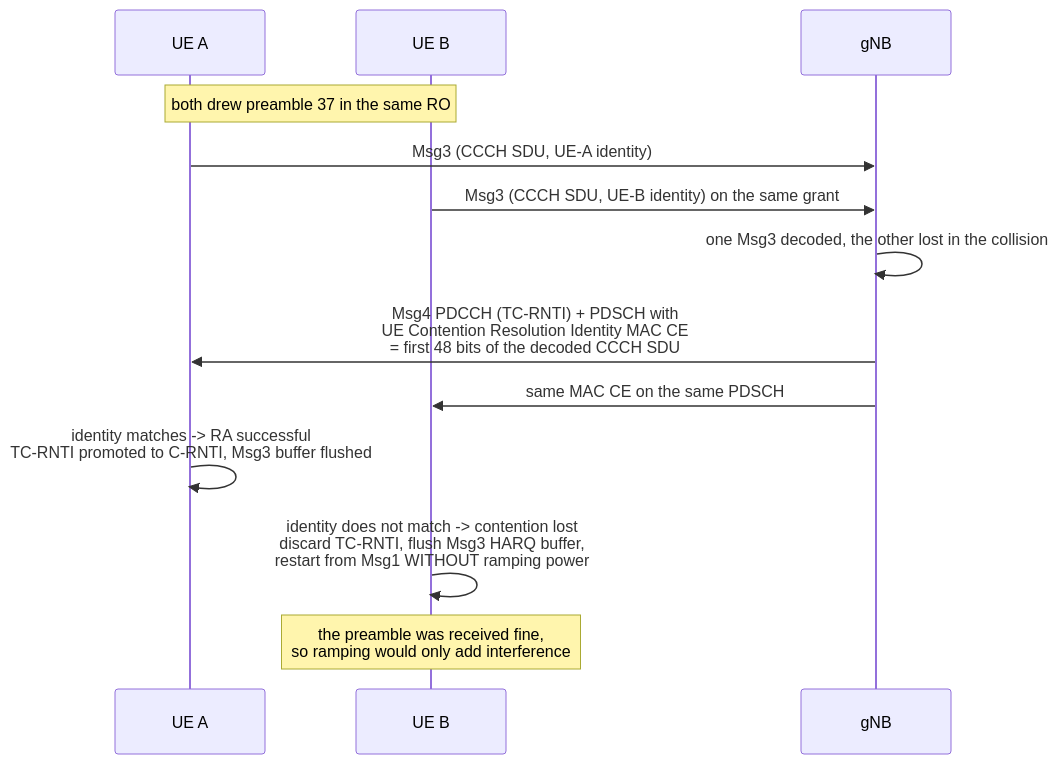
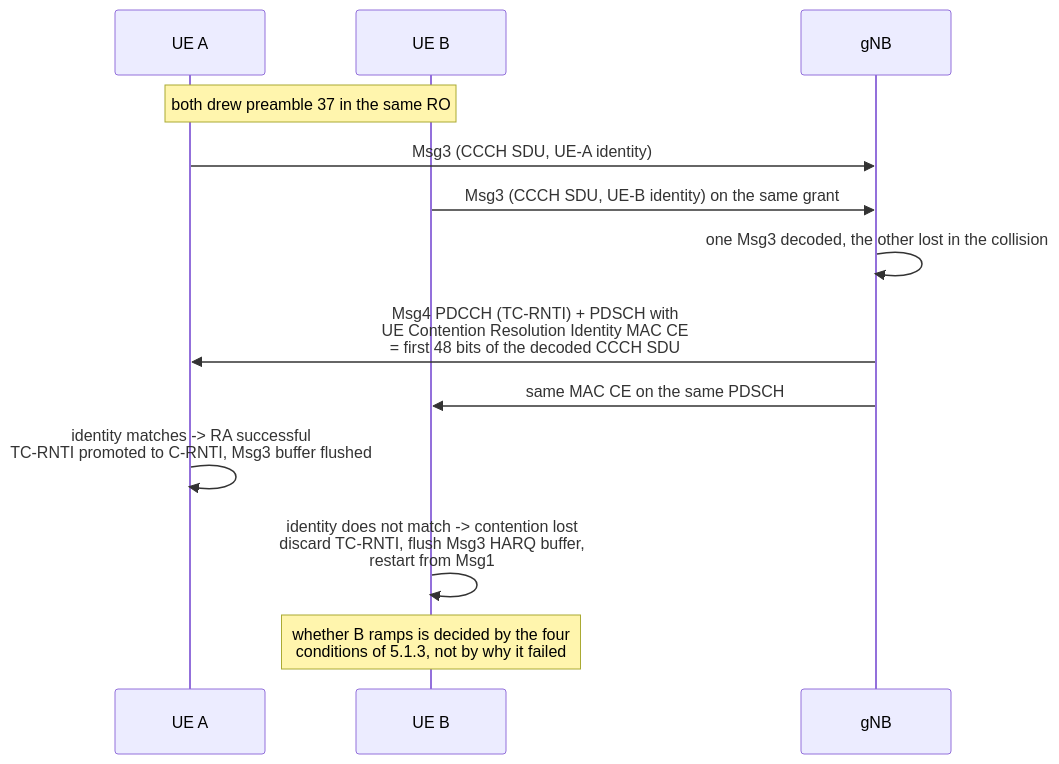
Before and after one commit to washingtonxr/xSkills: the sixth of 13 diagrams in knowledge-graph/01-5 NR Random Access - UE RACH Procedure, Signalling and Tuning.md, drawn with Mermaid. The commit also changed other lines of this file and 9 other files, not shown here.

Commit message:
Update NR RA architecture contexts.

````diff
--- a/knowledge-graph/01-5 NR Random Access - UE RACH Procedure, Signalling and Tuning.md
+++ b/knowledge-graph/01-5 NR Random Access - UE RACH Procedure, Signalling and Tuning.md
@@ -476,15 +502,15 @@
 ```mermaid
 sequenceDiagram
     participant A as UE A
     participant B as UE B
     participant N as gNB
     Note over A,B: both drew preamble 37 in the same RO
     A->>N: Msg3 (CCCH SDU, UE-A identity)
     B->>N: Msg3 (CCCH SDU, UE-B identity) on the same grant
     N->>N: one Msg3 decoded, the other lost in the collision
     N->>A: Msg4 PDCCH (TC-RNTI) + PDSCH with<br/>UE Contention Resolution Identity MAC CE<br/>= first 48 bits of the decoded CCCH SDU
     N->>B: same MAC CE on the same PDSCH
     A->>A: identity matches -> RA successful<br/>TC-RNTI promoted to C-RNTI, Msg3 buffer flushed
-    B->>B: identity does not match -> contention lost<br/>discard TC-RNTI, flush Msg3 HARQ buffer,<br/>restart from Msg1 WITHOUT ramping power
-    Note over B: the preamble was received fine,<br/>so ramping would only add interference
+    B->>B: identity does not match -> contention lost<br/>discard TC-RNTI, flush Msg3 HARQ buffer,<br/>restart from Msg1
+    Note over B: whether B ramps is decided by the four<br/>conditions of 5.1.3, not by why it failed
 ```
````
